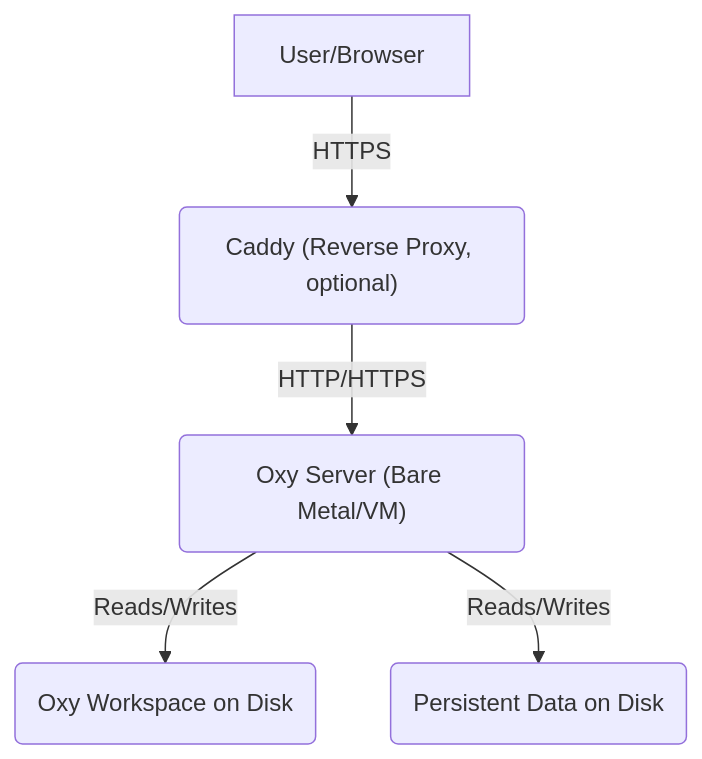
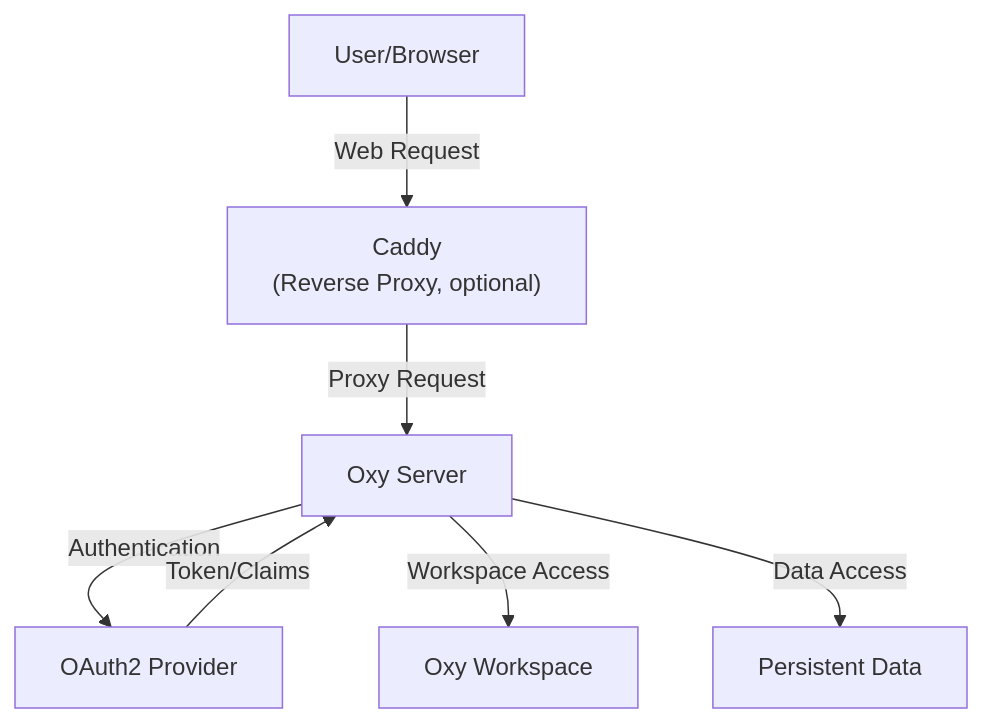
One commit to oxy-hq/oxy changed the second of 2 diagrams in docs/deployment/index.mdx. Above: the diagram before and after it, drawn with Mermaid. The commit also changed other lines of this file, not shown here.

Commit message:
docs: update chart

````diff
--- a/docs/deployment/index.mdx
+++ b/docs/deployment/index.mdx
@@ -59,13 +66,16 @@
 ```mermaid
 flowchart TD
-  User[User/Browser]
-  ReverseProxy("Caddy (Reverse Proxy, optional)")
-  OxyServer("Oxy Server (Bare Metal/VM)")
-  Workspace("Oxy Workspace on Disk")
-  Data("Persistent Data on Disk")
+    User[User/Browser]
+    ReverseProxy["Caddy<br/>(Reverse Proxy, optional)"]
+    OxyServer[Oxy Server]
+    OAuth2[OAuth2 Provider]
+    Workspace[Oxy Workspace]
+    Data[Persistent Data]
 
-  User -- HTTPS --> ReverseProxy
-  ReverseProxy -- HTTP/HTTPS --> OxyServer
-  OxyServer -- Reads/Writes --> Workspace
-  OxyServer -- Reads/Writes --> Data
+    User -->|Web Request| ReverseProxy
+    ReverseProxy -->|Proxy Request| OxyServer
+    OxyServer -->|Authentication| OAuth2
+    OAuth2 -->|Token/Claims| OxyServer
+    OxyServer -->|Workspace Access| Workspace
+    OxyServer -->|Data Access| Data
 ```
````
